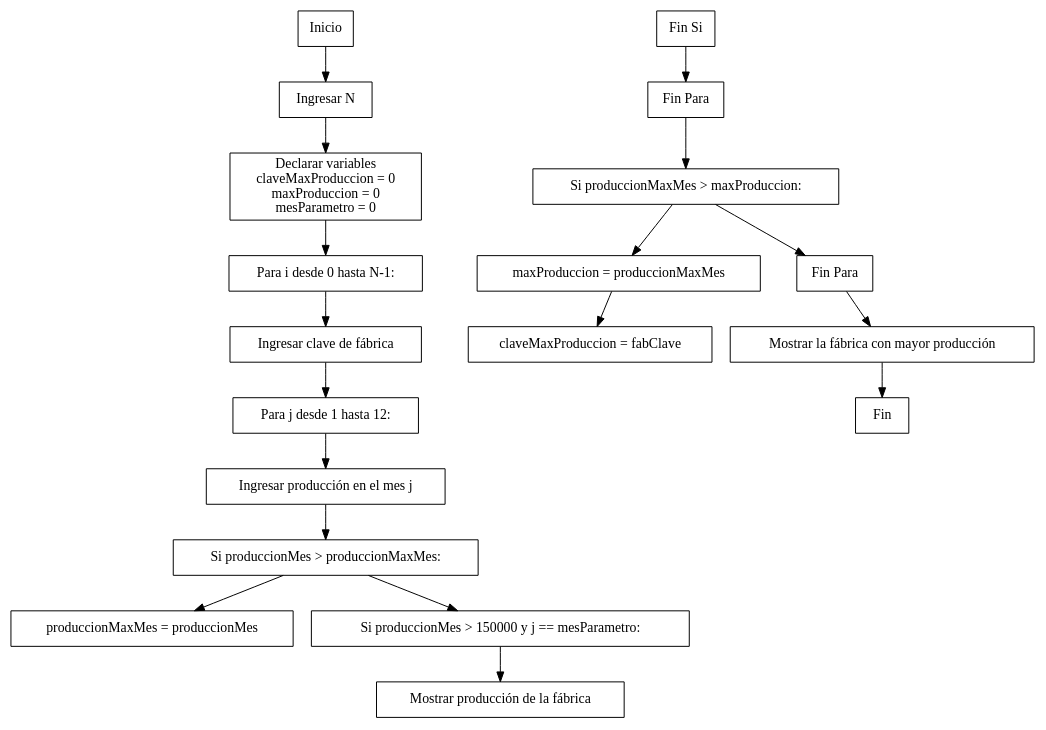
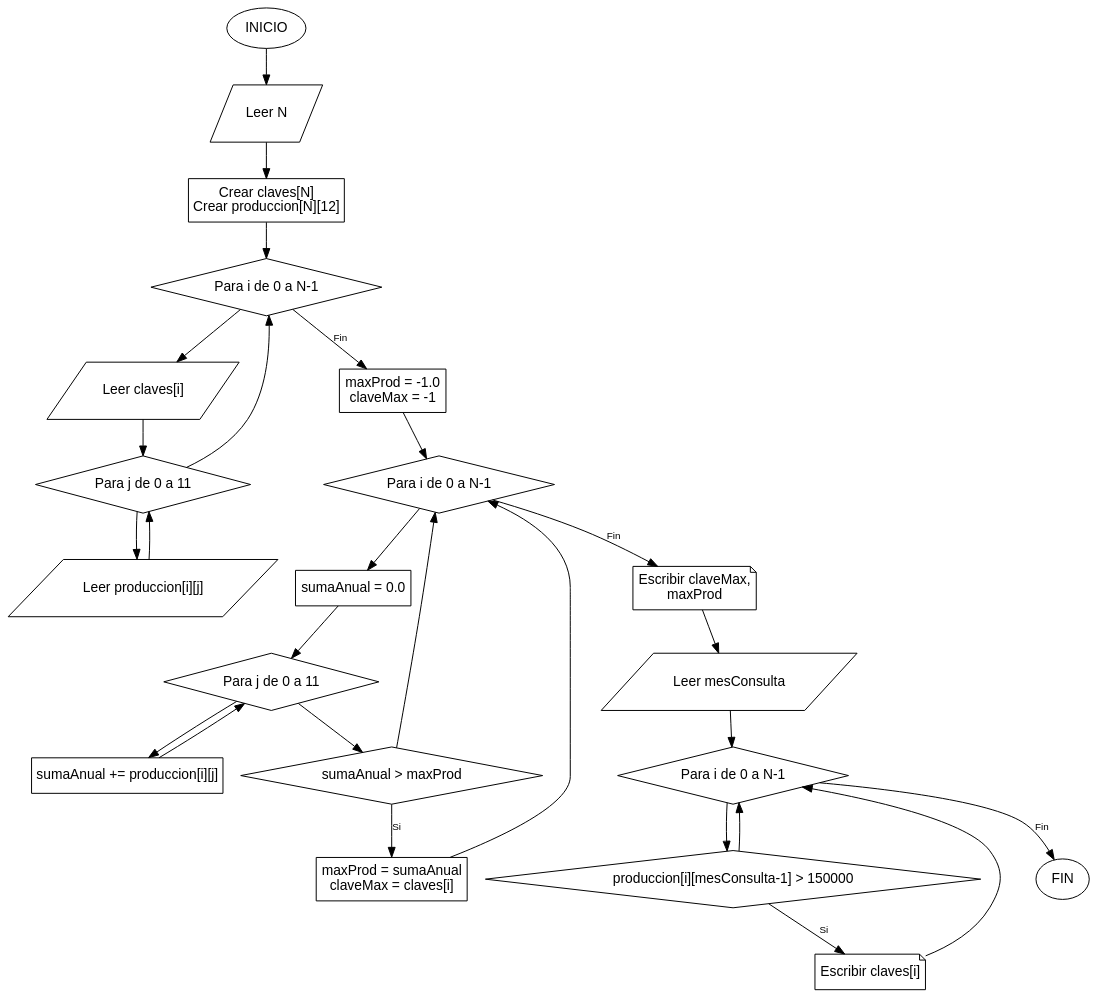
Before and after one commit to 23Leilany166/java-tutor-tics: the diagram in Ejercicios/PS_4_22/Diagrama/PS_4_22.dot, drawn with Graphviz. The commit also changed 248 other files, not shown here.

```diff
--- a/Ejercicios/PS_4_22/Diagrama/PS_4_22.dot
+++ b/Ejercicios/PS_4_22/Diagrama/PS_4_22.dot
@@ -1,41 +1,44 @@
-digraph PS_4_22_Diagrama {
-    node [shape=box];
+digraph PS_4_22 {
+    // Configuración
+    graph [bgcolor="transparent"];
+    node [shape=rect, fontname="Arial", margin="0.1,0.1"];
+    edge [fontname="Arial", fontsize=10];
 
-    Inicio [label="Inicio"];
-    IngresarN [label="Ingresar N"];
-    DeclararVariables [label="Declarar variables\nclaveMaxProduccion = 0\nmaxProduccion = 0\nmesParametro = 0"];
-    IniciarLoopFabricas [label="Para i desde 0 hasta N-1:"];
-    IngresarClaveFabrica [label="Ingresar clave de fábrica"];
-    IniciarLoopMeses [label="Para j desde 1 hasta 12:"];
-    IngresarProduccion [label="Ingresar producción en el mes j"];
-    CompararProduccion [label="Si produccionMes > produccionMaxMes:"];
-    ActualizarProduccionMax [label="produccionMaxMes = produccionMes"];
-    CondicionMesParametro [label="Si produccionMes > 150000 y j == mesParametro:"];
-    MostrarProduccion [label="Mostrar producción de la fábrica"];
-    FinCondicionMesParametro [label="Fin Si"];
-    FinLoopMeses [label="Fin Para"];
-    CompararMaxProduccion [label="Si produccionMaxMes > maxProduccion:"];
-    ActualizarMaxProduccion [label="maxProduccion = produccionMaxMes"];
-    ActualizarClaveMaxProduccion [label="claveMaxProduccion = fabClave"];
-    FinLoopFabricas [label="Fin Para"];
-    MostrarResultado [label="Mostrar la fábrica con mayor producción"];
-    Fin [label="Fin"];
+    // Nodos
+    INICIO [shape=ellipse, label="INICIO"];
+    LEER_N [shape=parallelogram, label="Leer N"];
+    CREAR_ARREGLOS [label="Crear claves[N]\nCrear produccion[N][12]"];
+    BUCLE_I_LEER [shape=diamond, label="Para i de 0 a N-1"];
+    LEER_CLAVE [shape=parallelogram, label="Leer claves[i]"];
+    BUCLE_J_LEER [shape=diamond, label="Para j de 0 a 11"];
+    LEER_PROD [shape=parallelogram, label="Leer produccion[i][j]"];
+    
+    // Inciso A
+    INIT_A [label="maxProd = -1.0\nclaveMax = -1"];
+    BUCLE_I_A [shape=diamond, label="Para i de 0 a N-1"];
+    INIT_SUMA [label="sumaAnual = 0.0"];
+    BUCLE_J_A [shape=diamond, label="Para j de 0 a 11"];
+    SUMAR_PROD [label="sumaAnual += produccion[i][j]"];
+    COND_MAX [shape=diamond, label="sumaAnual > maxProd"];
+    SET_MAX [label="maxProd = sumaAnual\nclaveMax = claves[i]"];
+    IMPRIMIR_A [shape=note, label="Escribir claveMax,\nmaxProd"];
 
-    Inicio -> IngresarN;
-    IngresarN -> DeclararVariables;
-    DeclararVariables -> IniciarLoopFabricas;
-    IniciarLoopFabricas -> IngresarClaveFabrica;
-    IngresarClaveFabrica -> IniciarLoopMeses;
-    IniciarLoopMeses -> IngresarProduccion;
-    IngresarProduccion -> CompararProduccion;
-    CompararProduccion -> ActualizarProduccionMax;
-    CompararProduccion -> CondicionMesParametro;
-    CondicionMesParametro -> MostrarProduccion;
-    FinCondicionMesParametro -> FinLoopMeses;
-    FinLoopMeses -> CompararMaxProduccion;
-    CompararMaxProduccion -> ActualizarMaxProduccion;
-    ActualizarMaxProduccion -> ActualizarClaveMaxProduccion;
-    CompararMaxProduccion -> FinLoopFabricas;
-    FinLoopFabricas -> MostrarResultado;
-    MostrarResultado -> Fin;
+    // Inciso B
+    LEER_MES [shape=parallelogram, label="Leer mesConsulta"];
+    BUCLE_I_B [shape=diamond, label="Para i de 0 a N-1"];
+    COND_PROD_B [shape=diamond, label="produccion[i][mesConsulta-1] > 150000"];
+    IMPRIMIR_B [shape=note, label="Escribir claves[i]"];
+    FIN [shape=ellipse, label="FIN"];
+
+    // Conexiones
+    INICIO -> LEER_N -> CREAR_ARREGLOS -> BUCLE_I_LEER -> LEER_CLAVE -> BUCLE_J_LEER -> LEER_PROD -> BUCLE_J_LEER -> BUCLE_I_LEER;
+    BUCLE_I_LEER -> INIT_A [label="Fin"];
+    INIT_A -> BUCLE_I_A -> INIT_SUMA -> BUCLE_J_A -> SUMAR_PROD -> BUCLE_J_A -> COND_MAX -> BUCLE_I_A;
+    COND_MAX -> SET_MAX [label="Si"]; 
+    SET_MAX -> BUCLE_I_A;
+    BUCLE_I_A -> IMPRIMIR_A [label="Fin"];
+    IMPRIMIR_A -> LEER_MES -> BUCLE_I_B -> COND_PROD_B -> BUCLE_I_B;
+    COND_PROD_B -> IMPRIMIR_B [label="Si"]; 
+    IMPRIMIR_B -> BUCLE_I_B;
+    BUCLE_I_B -> FIN [label="Fin"];
 }
```
